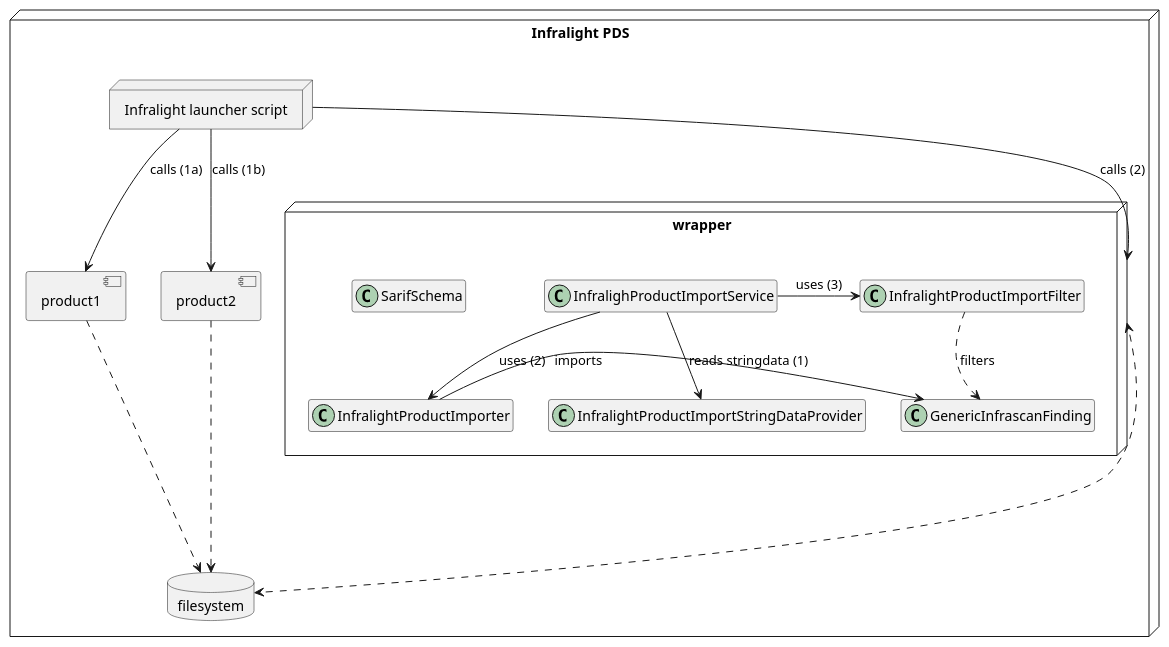
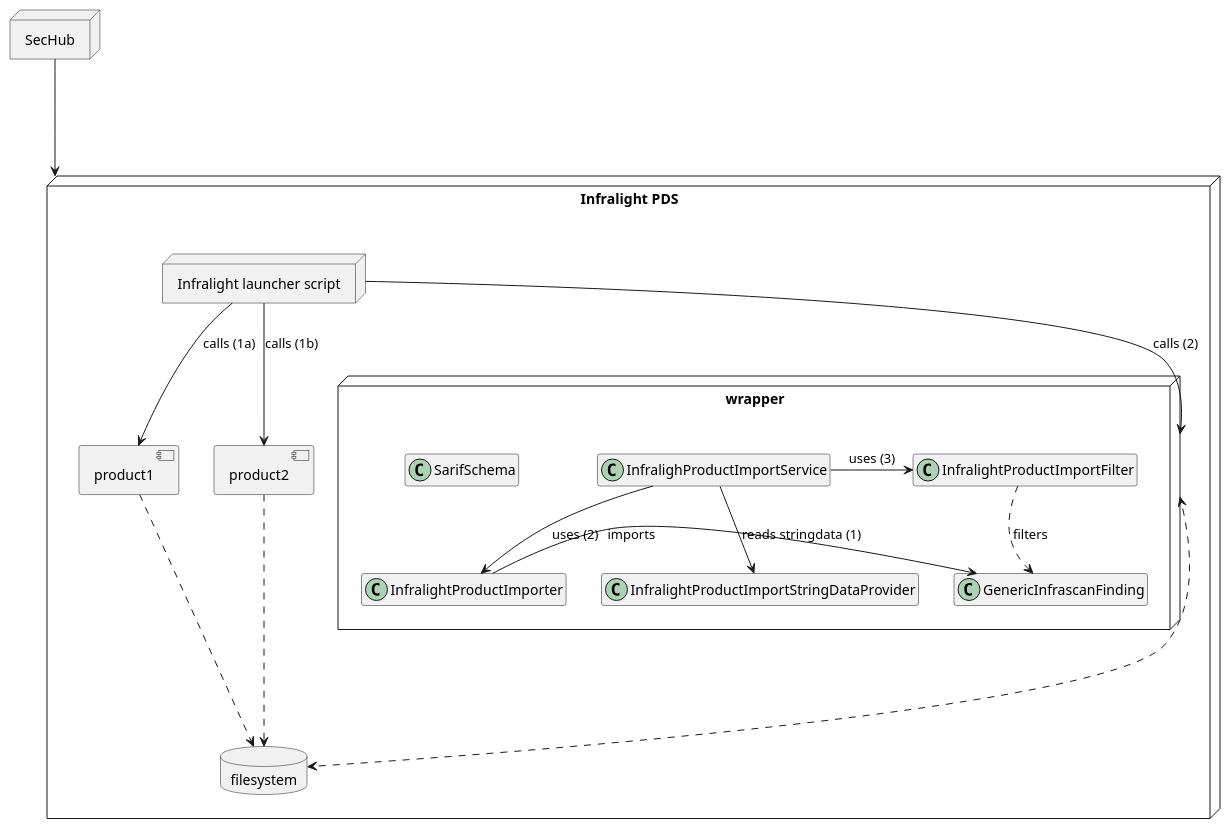
One commit to mercedes-benz/sechub changed the diagram in sechub-wrapper-infralight/overview.puml. Above: the diagram before and after it, drawn with PlantUML. The commit also changed 8 other files, not shown here.

```diff
--- a/sechub-wrapper-infralight/overview.puml
+++ b/sechub-wrapper-infralight/overview.puml
@@ -1,55 +1,60 @@
 @startuml
 
 'Hide empty parts:
 hide empty fields
 hide empty methods
 
 'You can find more examles at https://plantuml.com/class-diagram
 
+node SecHub {
+}
 
 
 node InfralightPDS as "Infralight PDS" {
 
 	database filesystem {
 	
 	}
 	node script as "Infralight launcher script" {
 	}
 
 
 	component product1 {
 	}
 	
 	component product2 {
 	}
 	script --> product1 : calls (1a)
 	script --> product2 : calls (1b)
 	script --> wrapper : calls (2)
 	
 	product1 ....> filesystem
 	product2 ....> filesystem
 	wrapper <....> filesystem
 
 
 	node wrapper {
 	
 		class SarifSchema {
 		}
 	
 		class InfralightProductImporter {
 		}
 		
 		
 		class InfralightProductImportFilter {
 		}
 		
 		InfralightProductImporter -> GenericInfrascanFinding : imports 
 		InfralightProductImportFilter ..> GenericInfrascanFinding : filters
 		
 		InfralighProductImportService --> InfralightProductImportStringDataProvider : reads stringdata (1)
 		InfralighProductImportService --> InfralightProductImporter : uses (2)
 		InfralighProductImportService -> InfralightProductImportFilter: uses (3)
 	}
 
 }
+
+SecHub ---> InfralightPDS
+ 
 @enduml
```
